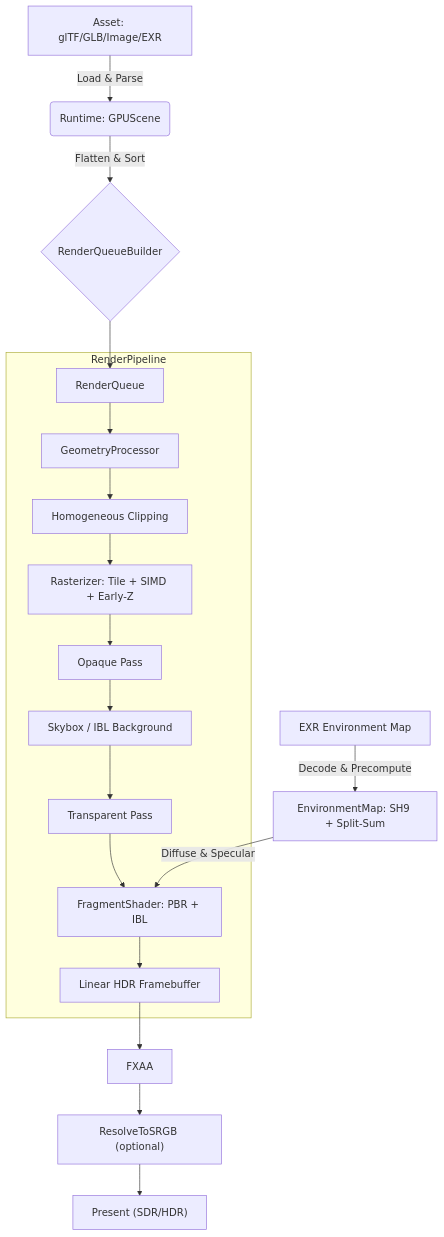
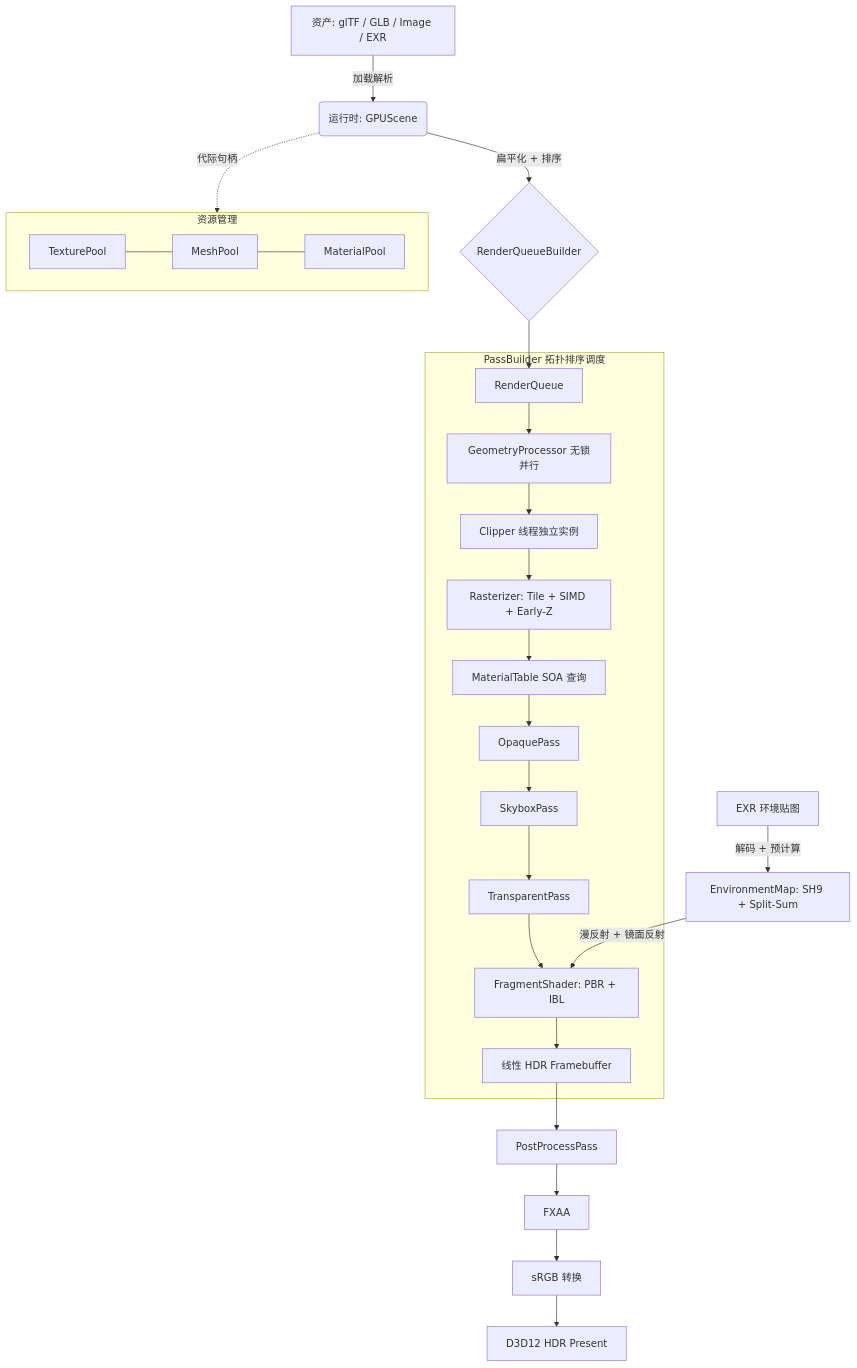
The diagram in README.md (283397898/SoftRasterizer), drawn with Mermaid before and after one commit. The commit also changed other lines of this file, not shown here.

````diff
--- a/README.md
+++ b/README.md
@@ -278,24 +351,32 @@
 ```mermaid
 graph TD
-     A[Asset: glTF/GLB/Image/EXR] -->|Load & Parse| B(Runtime: GPUScene)
-     B -->|Flatten & Sort| C{RenderQueueBuilder}
+     A[资产: glTF / GLB / Image / EXR] -->|加载解析| B(运行时: GPUScene)
+     B -->|扁平化 + 排序| C{RenderQueueBuilder}
      C --> D[RenderQueue]
 
-     subgraph RenderPipeline
-     D --> E[GeometryProcessor]
-     E --> F[Homogeneous Clipping]
+     subgraph ResourceManagement [资源管理]
+     TP[TexturePool] --- RP[MeshPool]
+     RP --- MP[MaterialPool]
+     end
+     B -.->|代际句柄| ResourceManagement
+
+     subgraph RenderPipeline [PassBuilder 拓扑排序调度]
+     D --> E[GeometryProcessor 无锁并行]
+     E --> F[Clipper 线程独立实例]
      F --> G[Rasterizer: Tile + SIMD + Early-Z]
-     G --> H1[Opaque Pass]
-     H1 --> H2[Skybox / IBL Background]
-     H2 --> H3[Transparent Pass]
+     G --> MT[MaterialTable SOA 查询]
+     MT --> H1[OpaquePass]
+     H1 --> H2[SkyboxPass]
+     H2 --> H3[TransparentPass]
      H3 --> H[FragmentShader: PBR + IBL]
-     H --> I[Linear HDR Framebuffer]
+     H --> I[线性 HDR Framebuffer]
      end
 
-     EXR[EXR Environment Map] -->|Decode & Precompute| IBL[EnvironmentMap: SH9 + Split-Sum]
-     IBL -->|Diffuse & Specular| H
+     EXR[EXR 环境贴图] -->|解码 + 预计算| IBL[EnvironmentMap: SH9 + Split-Sum]
+     IBL -->|漫反射 + 镜面反射| H
 
-     I --> J[FXAA]
-     J --> K["ResolveToSRGB (optional)"]
-     K --> L["Present (SDR/HDR)"]
+     I --> PP[PostProcessPass]
+     PP --> J[FXAA]
+     J --> K[sRGB 转换]
+     K --> L[D3D12 HDR Present]
 ```
````
